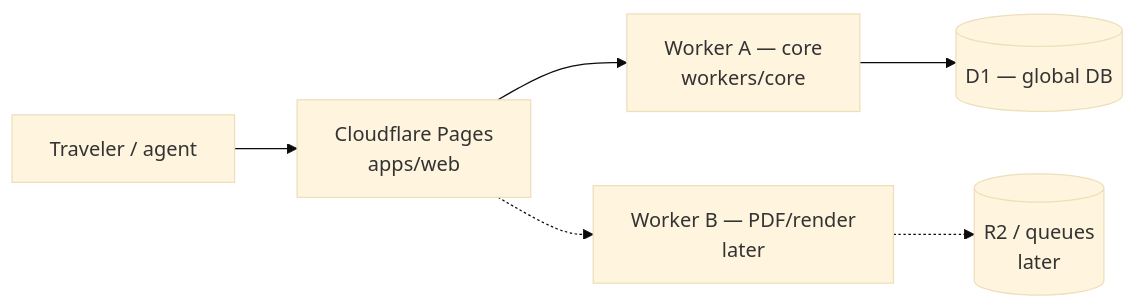
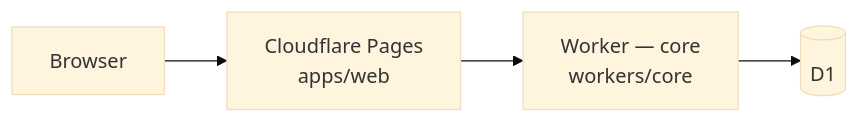
Before and after one commit to lazehang/itineraryedge: the diagram in README.md, drawn with Mermaid (base theme). The commit also changed other lines of this file and 26 other files, not shown here.

````diff
--- a/README.md
+++ b/README.md
@@ -40,8 +11,6 @@
 ```mermaid
 flowchart LR
-  User[Traveler / agent] --> Pages[Cloudflare Pages<br/>apps/web]
-  Pages --> WorkerA[Worker A — core<br/>workers/core]
-  WorkerA --> D1[(D1 — global DB)]
-  WorkerB[Worker B — PDF/render<br/>later] -.-> R2[(R2 / queues<br/>later)]
-  Pages -.-> WorkerB
+  User[Browser] --> Pages[Cloudflare Pages<br/>apps/web]
+  Pages --> WorkerA[Worker — core<br/>workers/core]
+  WorkerA --> D1[(D1)]
 ```
````
